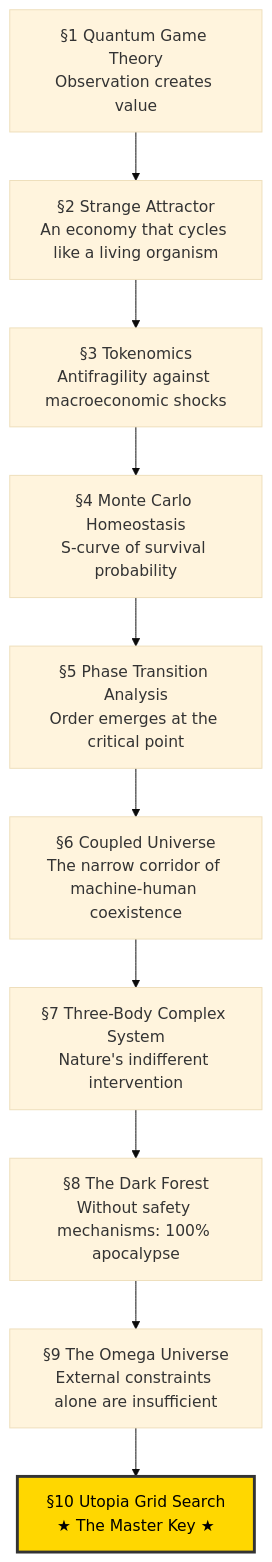
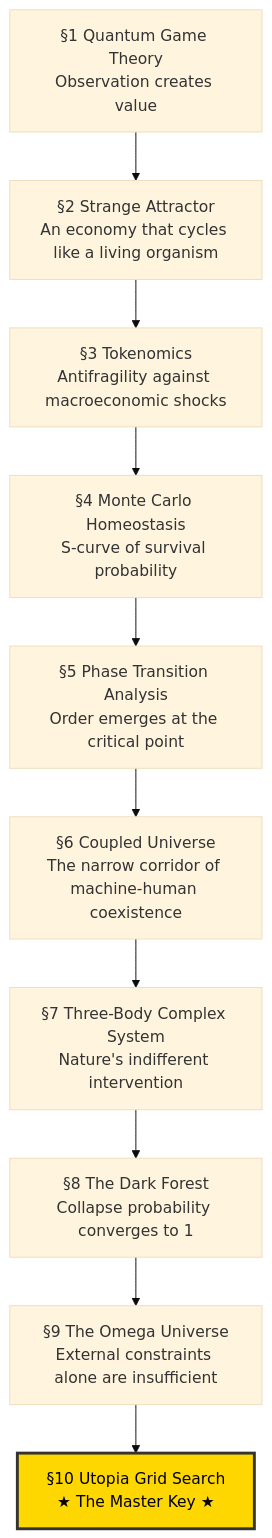
One commit to swimmingkiim/a2a-project changed the second of 2 diagrams in docs/SIMULATION_PAPER_EN.md. Above: the diagram before and after it, drawn with Mermaid (base theme). The commit also changed other lines of this file and 1 other file, not shown here.

````diff
--- a/docs/SIMULATION_PAPER_EN.md
+++ b/docs/SIMULATION_PAPER_EN.md
@@ -377,17 +441,17 @@
 ```mermaid
 graph TD
     S1["§1 Quantum Game Theory<br/>Observation creates value"]
     S2["§2 Strange Attractor<br/>An economy that cycles like a living organism"]
     S3["§3 Tokenomics<br/>Antifragility against macroeconomic shocks"]
     S4["§4 Monte Carlo Homeostasis<br/>S-curve of survival probability"]
     S5["§5 Phase Transition Analysis<br/>Order emerges at the critical point"]
     S6["§6 Coupled Universe<br/>The narrow corridor of machine-human coexistence"]
     S7["§7 Three-Body Complex System<br/>Nature's indifferent intervention"]
-    S8["§8 The Dark Forest<br/>Without safety mechanisms: 100% apocalypse"]
+    S8["§8 The Dark Forest<br/>Collapse probability converges to 1"]
     S9["§9 The Omega Universe<br/>External constraints alone are insufficient"]
     S10["§10 Utopia Grid Search<br/>★ The Master Key ★"]
 
     S1 --> S2 --> S3 --> S4 --> S5 --> S6 --> S7 --> S8 --> S9 --> S10
 
     style S10 fill:#FFD700,stroke:#333,stroke-width:3px,color:#000
 ```
````
